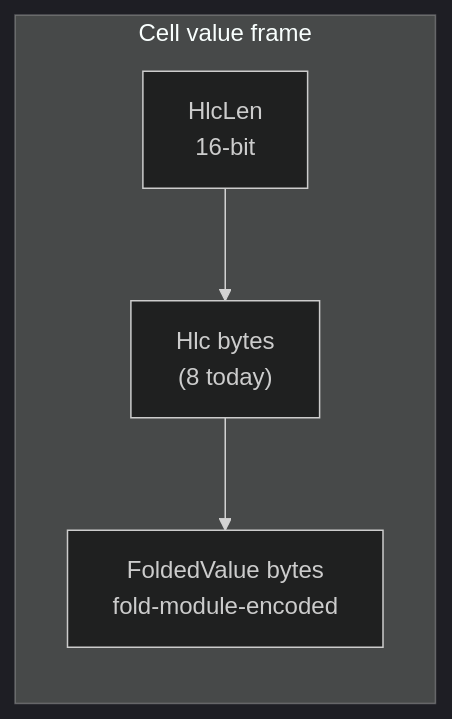
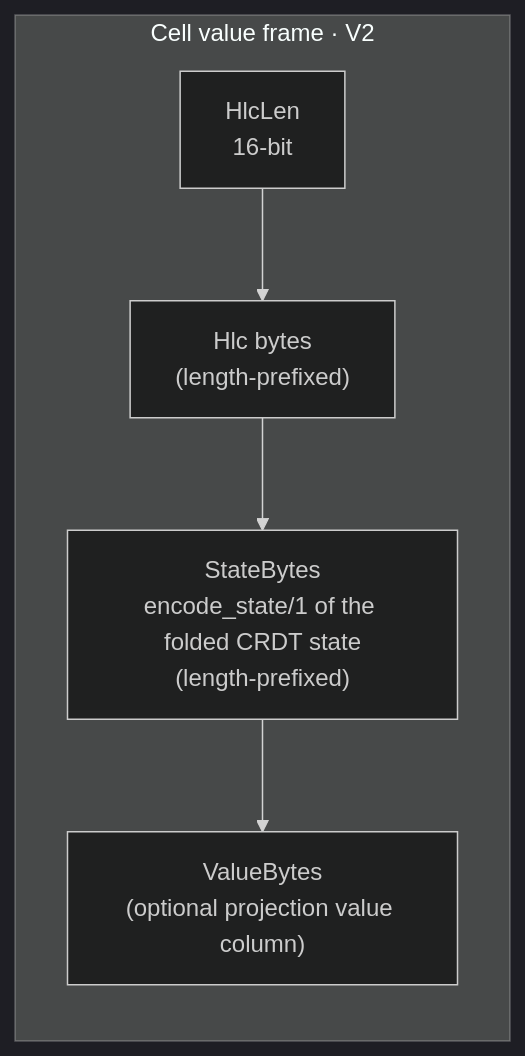
One commit to bondy-io/bondy_mst changed the second of 10 diagrams in doc_extras/architecture/03_bondy_db.md. Above: the diagram before and after it, drawn with Mermaid (dark theme). The commit also changed other lines of this file and 10 other files, not shown here.

````diff
--- a/doc_extras/architecture/03_bondy_db.md
+++ b/doc_extras/architecture/03_bondy_db.md
@@ -57,10 +57,11 @@
 ```mermaid
 flowchart LR
-    subgraph CELL[Cell value frame]
+    subgraph CELL[Cell value frame · V2]
         H["HlcLen<br/>16-bit"]
-        HLC["Hlc bytes<br/>(8 today)"]
-        BODY["FoldedValue bytes<br/>fold-module-encoded"]
+        HLC["Hlc bytes<br/>(length-prefixed)"]
+        STATE["StateBytes<br/>encode_state/1 of the folded CRDT state<br/>(length-prefixed)"]
+        VAL["ValueBytes<br/>(optional projection value column)"]
     end
 
-    H --> HLC --> BODY
+    H --> HLC --> STATE --> VAL
 ```
````
